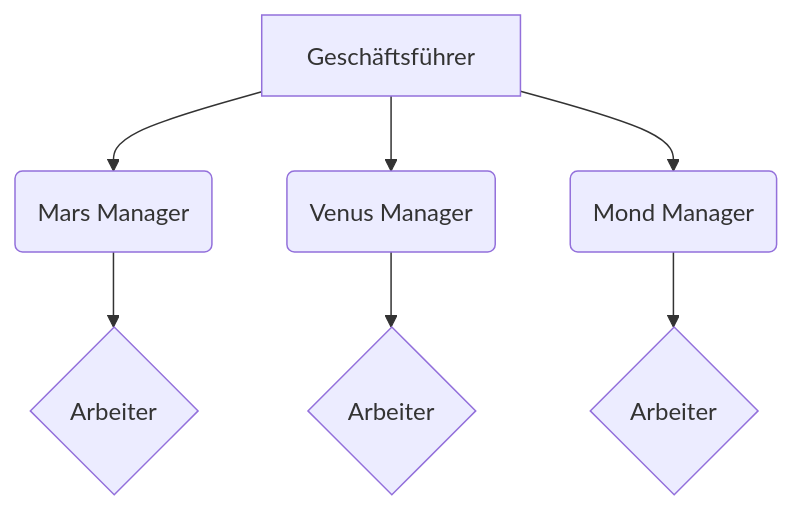
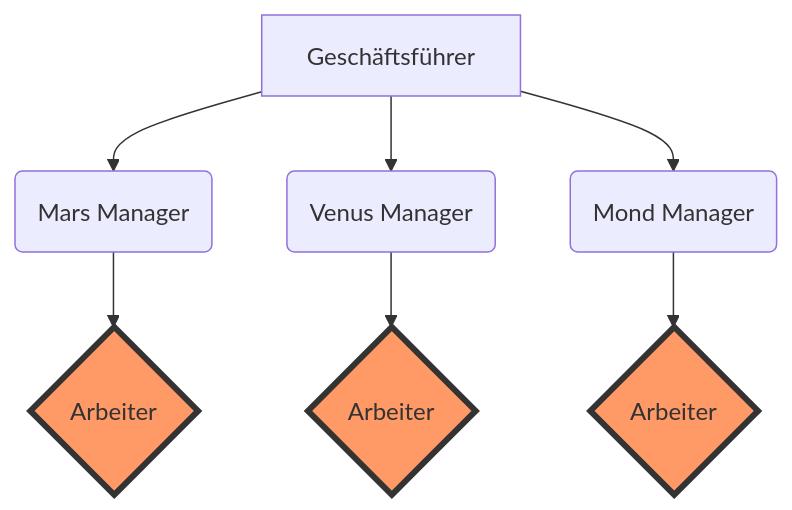
Before and after one commit to Team6IT26A/LF4: the diagram in Geltungsbereich.md, drawn with Mermaid.

````diff
--- a/Geltungsbereich.md
+++ b/Geltungsbereich.md
@@ -4,13 +4,18 @@
 ```mermaid
 graph TB
     A[Geschäftsführer]
     A --> B(Mars Manager)
     A --> C(Venus Manager)
     A --> D(Mond Manager)
     E{Arbeiter}
     F{Arbeiter}
     G{Arbeiter}
     B --> E
     C --> F
     D --> G
+
+    classDef orange fill:#f96,stroke:#333,stroke-width:4px;
+    class E,F,G orange
+
+
 ```
````
